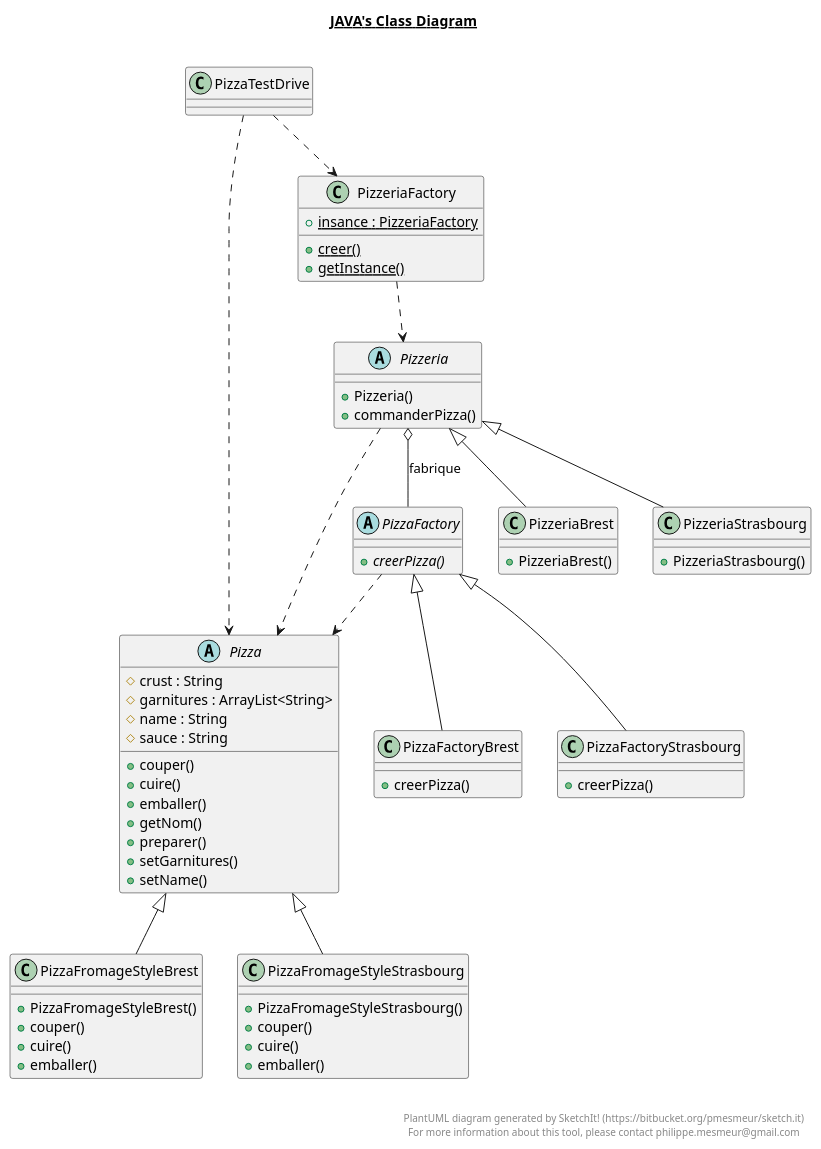
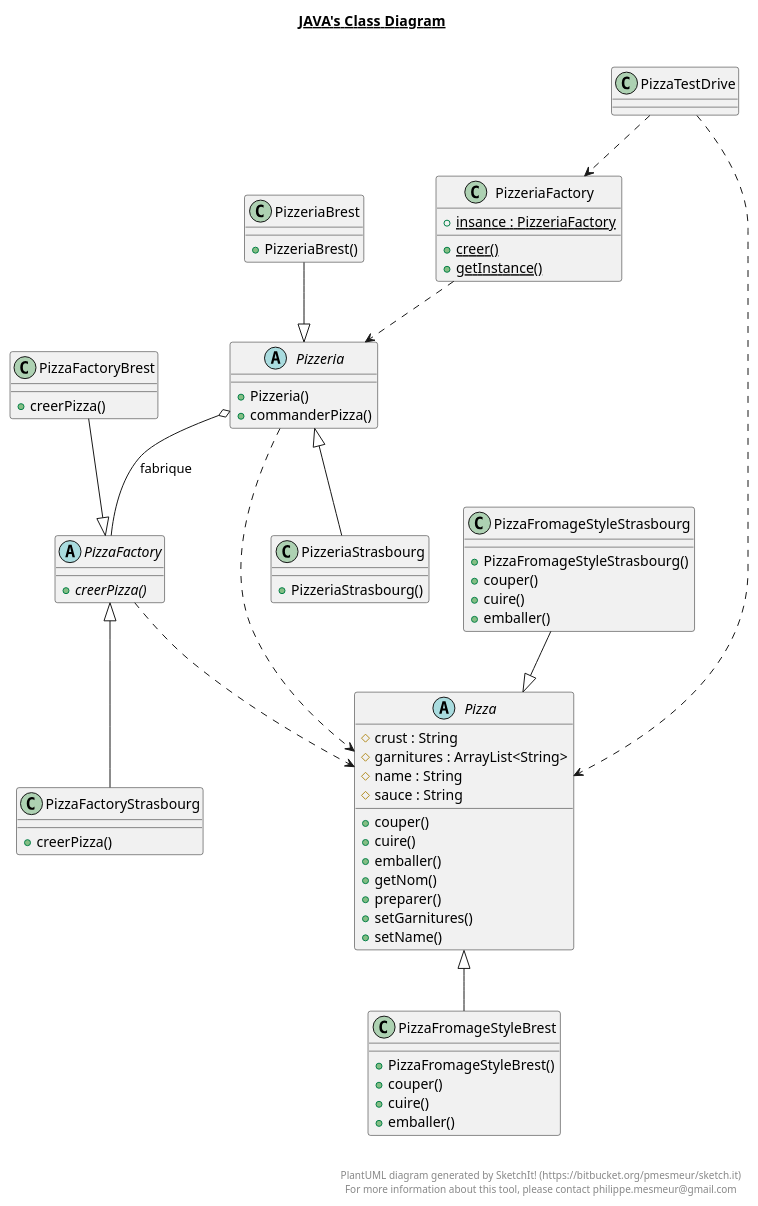
Before and after one commit to IUT-Blagnac/cpoa-tp3-Sbigourie: the diagram in docs/TP3.plantuml, drawn with PlantUML. The commit also changed 2 other files, not shown here.

Commit message:
plantuml

```diff
--- a/docs/TP3.plantuml
+++ b/docs/TP3.plantuml
@@ -1,116 +1,114 @@
 @startuml
 
 title __JAVA's Class Diagram__\n
 
 
     abstract class Pizza {
         # crust : String
         # garnitures : ArrayList<String>
         # name : String
         # sauce : String
         + couper()
         + cuire()
         + emballer()
         + getNom()
         + preparer()
         + setGarnitures()
         + setName()
     }
 
-  
+
 
 
     abstract class PizzaFactory {
         {abstract} + creerPizza()
     }
 
-  
+
 
 
     class PizzaFactoryBrest {
         + creerPizza()
     }
 
-  
+
 
 
     class PizzaFactoryStrasbourg {
         + creerPizza()
     }
 
-  
+
 
 
     class PizzaFromageStyleBrest {
         + PizzaFromageStyleBrest()
         + couper()
         + cuire()
         + emballer()
     }
 
-  
-
 
     class PizzaFromageStyleStrasbourg {
         + PizzaFromageStyleStrasbourg()
         + couper()
         + cuire()
         + emballer()
     }
 
-  
+
 
 
     abstract class Pizzeria {
         + Pizzeria()
         + commanderPizza()
     }
 
-  
+
 
 
     class PizzeriaBrest {
         + PizzeriaBrest()
     }
 
-  
+
 
 
     class PizzeriaFactory {
         {static} + insance : PizzeriaFactory
         {static} + creer()
         {static} + getInstance()
     }
 
-  
+
 
 
     class PizzeriaStrasbourg {
         + PizzeriaStrasbourg()
     }
 
 
-  
+
     Pizzeria ..> Pizza
     PizzeriaFactory ..> Pizzeria
     PizzaFactory ..> Pizza
     PizzaTestDrive ..> Pizza
     PizzaTestDrive ..> PizzeriaFactory
 
-  PizzaFactoryBrest -up-|> PizzaFactory
-  PizzaFactoryStrasbourg -up-|> PizzaFactory
-  PizzaFromageStyleBrest -up-|> Pizza
-  PizzaFromageStyleStrasbourg -up-|> Pizza
+  PizzaFactoryBrest --|> PizzaFactory
+  PizzaFactory <|-- PizzaFactoryStrasbourg
+  Pizza <|-- PizzaFromageStyleBrest
+  PizzaFromageStyleStrasbourg --|> Pizza
   Pizzeria o-- PizzaFactory : fabrique
-  PizzeriaBrest -up-|> Pizzeria
-  PizzeriaStrasbourg -up-|> Pizzeria
+  PizzeriaBrest --|> Pizzeria
+  Pizzeria <|-- PizzeriaStrasbourg
 
 
 right footer
 
 
 PlantUML diagram generated by SketchIt! (https://bitbucket.org/pmesmeur/sketch.it)
 For more information about this tool, please contact philippe.mesmeur@gmail.com
 endfooter
 
 @enduml
```
